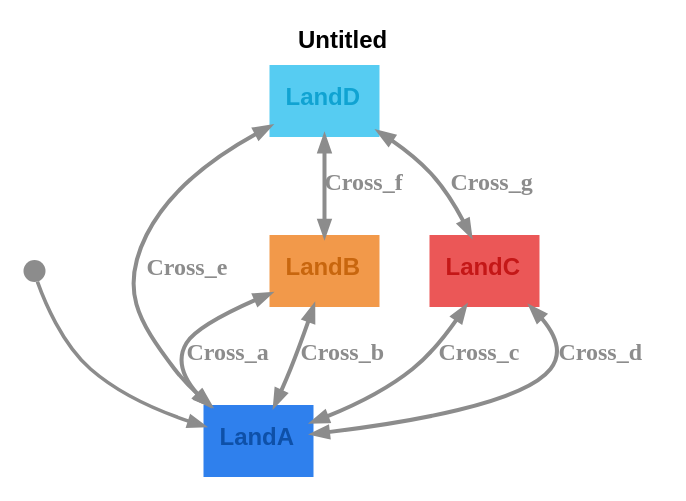
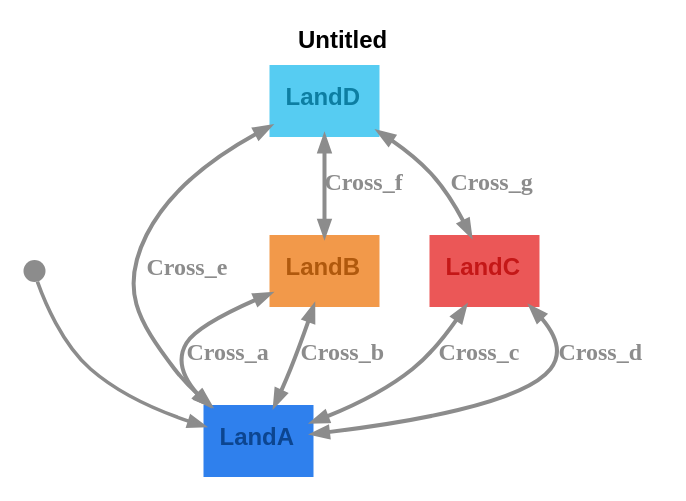
The diagram in graphs/bridges-koenigsberg.dot (m-bock/purescript-transit), drawn with Graphviz before and after one commit. The commit also changed 18 other files, not shown here.

```diff
--- a/graphs/bridges-koenigsberg.dot
+++ b/graphs/bridges-koenigsberg.dot
@@ -1,17 +1,17 @@
 digraph 
 {
-rankdir = "TD";fontname = "Arial";label = <<b>Untitled</b>>;labelloc = "t";fontsize = 12
-LandA [shape = "box", label = <<b>LandA</b>>, fontsize = 12, style = "filled", fillcolor = "#2f80ed", fontcolor = "#0e50a8", fontname = "Arial", labelloc = "c", penwidth = 0.0]
+rankdir = "TD";fontname = "Arial";label = <<b>Untitled</b>>;labelloc = "t";fontsize = 12;bgcolor = "#ffffff"
+LandA [shape = "box", label = <<b>LandA</b>>, fontsize = 12, style = "filled", fillcolor = "#2f80ed", fontcolor = "#0c4590", fontname = "Arial", labelloc = "c", penwidth = 0.0]
 __Start__ [shape = "circle", label = "", width = 0.15, height = 0.15, fixedsize = true, style = "filled", fillcolor = "#8c8c8c", penwidth = 0.0]
 __Start__ -> LandA [color = "#8c8c8c", fontsize = 12, arrowsize = "0.7", penwidth = 1.8]
-LandB [shape = "box", label = <<b>LandB</b>>, fontsize = 12, style = "filled", fillcolor = "#f2994a", fontcolor = "#c8660e", fontname = "Arial", labelloc = "c", penwidth = 0.0]
+LandB [shape = "box", label = <<b>LandB</b>>, fontsize = 12, style = "filled", fillcolor = "#f2994a", fontcolor = "#b0590d", fontname = "Arial", labelloc = "c", penwidth = 0.0]
 LandB -> LandA [color = "#8c8c8c", fontcolor = "#8c8c8c", fontsize = 12, label = <<b>Cross_a</b>>, arrowsize = "1.5", penwidth = 2.0, dir = "both", arrowsize = "0.7"]
 LandB -> LandA [color = "#8c8c8c", fontcolor = "#8c8c8c", fontsize = 12, label = <<b>Cross_b</b>>, arrowsize = "1.5", penwidth = 2.0, dir = "both", arrowsize = "0.7"]
 LandC [shape = "box", label = <<b>LandC</b>>, fontsize = 12, style = "filled", fillcolor = "#eb5757", fontcolor = "#c41717", fontname = "Arial", labelloc = "c", penwidth = 0.0]
 LandC -> LandA [color = "#8c8c8c", fontcolor = "#8c8c8c", fontsize = 12, label = <<b>Cross_c</b>>, arrowsize = "1.5", penwidth = 2.0, dir = "both", arrowsize = "0.7"]
 LandC -> LandA [color = "#8c8c8c", fontcolor = "#8c8c8c", fontsize = 12, label = <<b>Cross_d</b>>, arrowsize = "1.5", penwidth = 2.0, dir = "both", arrowsize = "0.7"]
-LandD [shape = "box", label = <<b>LandD</b>>, fontsize = 12, style = "filled", fillcolor = "#56ccf2", fontcolor = "#10a3d2", fontname = "Arial", labelloc = "c", penwidth = 0.0]
+LandD [shape = "box", label = <<b>LandD</b>>, fontsize = 12, style = "filled", fillcolor = "#56ccf2", fontcolor = "#0d7ea2", fontname = "Arial", labelloc = "c", penwidth = 0.0]
 LandD -> LandA [color = "#8c8c8c", fontcolor = "#8c8c8c", fontsize = 12, label = <<b>Cross_e</b>>, arrowsize = "1.5", penwidth = 2.0, dir = "both", arrowsize = "0.7"]
 LandD -> LandB [color = "#8c8c8c", fontcolor = "#8c8c8c", fontsize = 12, label = <<b>Cross_f</b>>, arrowsize = "1.5", penwidth = 2.0, dir = "both", arrowsize = "0.7"]
 LandD -> LandC [color = "#8c8c8c", fontcolor = "#8c8c8c", fontsize = 12, label = <<b>Cross_g</b>>, arrowsize = "1.5", penwidth = 2.0, dir = "both", arrowsize = "0.7"]
 }
```
